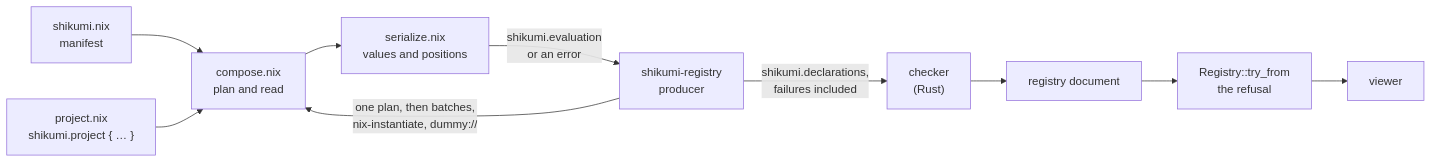
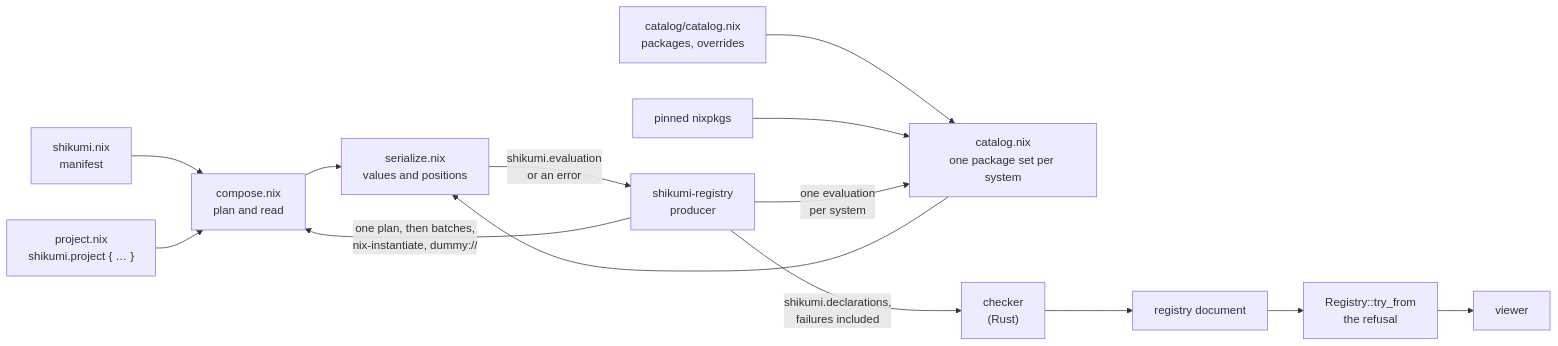
One commit to feltfomo/shikumi changed the second of 2 diagrams in docs/explanation/architecture.md. Above: the diagram before and after it, drawn with Mermaid. The commit also changed other lines of this file and 64 other files, not shown here.

First line of the commit message:
declarations: add the catalog, overrides, toolchains and environment

````diff
--- a/docs/explanation/architecture.md
+++ b/docs/explanation/architecture.md
@@ -48,12 +50,16 @@
 ```mermaid
 graph LR
   manifest["shikumi.nix<br/>manifest"] --> compose["compose.nix<br/>plan and read"]
   decl["project.nix<br/>shikumi.project { … }"] --> compose
+  catalogfile["catalog/catalog.nix<br/>packages, overrides"] --> catalog["catalog.nix<br/>one package set per system"]
+  nixpkgs["pinned nixpkgs"] --> catalog
   compose --> serialize["serialize.nix<br/>values and positions"]
+  catalog --> serialize
   produce["shikumi-registry<br/>producer"] -->|"one plan, then batches,<br/>nix-instantiate, dummy://"| compose
+  produce -->|"one evaluation<br/>per system"| catalog
   serialize -->|"shikumi.evaluation<br/>or an error"| produce
   produce -->|"shikumi.declarations,<br/>failures included"| checker["checker<br/>(Rust)"]
   checker --> doc["registry document"]
   doc --> refusal["Registry::try_from<br/>the refusal"]
   refusal --> viewer["viewer"]
 ```
````
